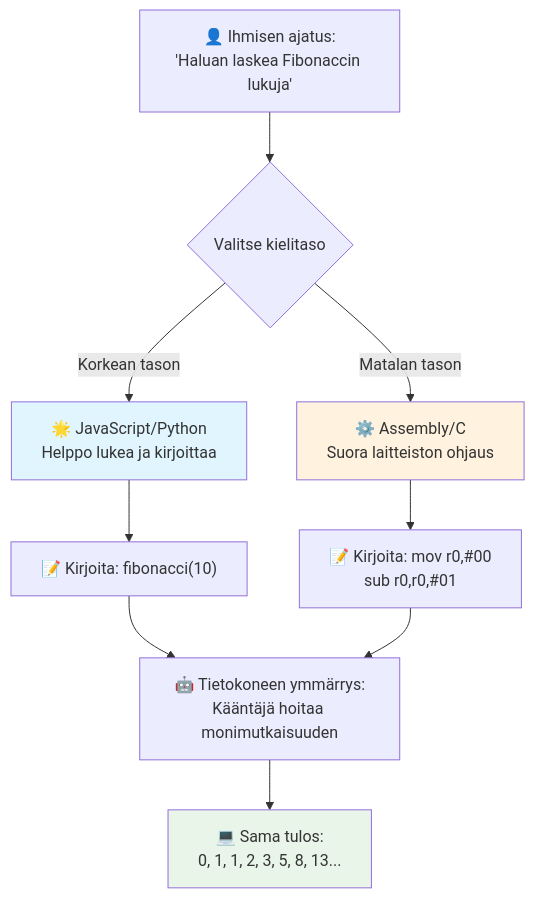
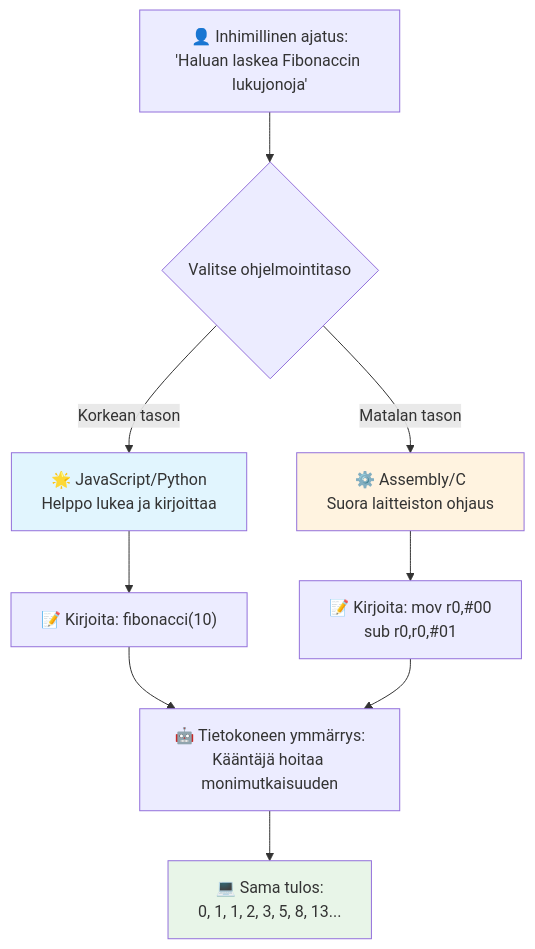
Before and after one commit to microsoft/Web-Dev-For-Beginners: the third of 7 diagrams in translations/fi/1-getting-started-lessons/1-intro-to-programming-languages/README.md, drawn with Mermaid. The commit also changed other lines of this file and 8 other files, not shown here.

````diff
--- a/translations/fi/1-getting-started-lessons/1-intro-to-programming-languages/README.md
+++ b/translations/fi/1-getting-started-lessons/1-intro-to-programming-languages/README.md
@@ -148,19 +148,19 @@
 ```mermaid
 flowchart TB
-    A["👤 Ihmisen ajatus:<br/>'Haluan laskea Fibonaccin lukuja'"] --> B{Valitse kielitaso}
+    A["👤 Inhimillinen ajatus:<br/>'Haluan laskea Fibonaccin lukujonoja'"] --> B{Valitse ohjelmointitaso}
     
     B -->|Korkean tason| C["🌟 JavaScript/Python<br/>Helppo lukea ja kirjoittaa"]
     B -->|Matalan tason| D["⚙️ Assembly/C<br/>Suora laitteiston ohjaus"]
     
     C --> E["📝 Kirjoita: fibonacci(10)"]
     D --> F["📝 Kirjoita: mov r0,#00<br/>sub r0,r0,#01"]
     
     E --> G["🤖 Tietokoneen ymmärrys:<br/>Kääntäjä hoitaa monimutkaisuuden"]
     F --> G
     
     G --> H["💻 Sama tulos:<br/>0, 1, 1, 2, 3, 5, 8, 13..."]
     
     style C fill:#e1f5fe
     style D fill:#fff3e0
     style H fill:#e8f5e8
 ```
````
